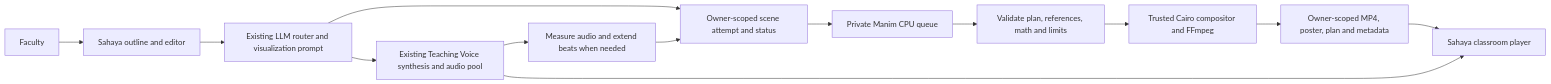
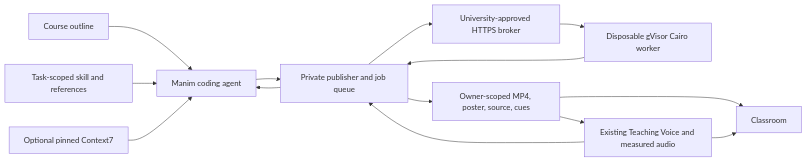
The diagram in docs/MANIM_VISUALIZATIONS.md (danishsshaikh/Sahaya), drawn with Mermaid before and after one commit. The commit also changed other lines of this file and 53 other files, not shown here.

Commit message:
Replace Manim JSON planning with an isolated native coding agent

````diff
--- a/docs/MANIM_VISUALIZATIONS.md
+++ b/docs/MANIM_VISUALIZATIONS.md
@@ -9,15 +7,16 @@
 ```mermaid
 flowchart LR
-  Faculty --> Outline["Sahaya outline and editor"]
-  Outline --> Director["Existing LLM router and visualization prompt"]
-  Director --> Job["Owner-scoped scene attempt and status"]
-  Job --> Renderer["Private Manim CPU queue"]
-  Renderer --> Plan["Validate plan, references, math and limits"]
-  Plan --> Cairo["Trusted Cairo compositor and FFmpeg"]
-  Cairo --> Store["Owner-scoped MP4, poster, plan and metadata"]
-  Director --> Voice["Existing Teaching Voice synthesis and audio pool"]
-  Voice --> Timing["Measure audio and extend beats when needed"]
-  Timing --> Job
-  Store --> Classroom["Sahaya classroom player"]
+  Outline["Course outline"] --> Agent["Manim coding agent"]
+  Skill["Task-scoped skill and references"] --> Agent
+  Context7["Optional pinned Context7"] --> Agent
+  Agent --> Publisher["Private publisher and job queue"]
+  Publisher --> Broker["University-approved HTTPS broker"]
+  Broker --> Worker["Disposable gVisor Cairo worker"]
+  Worker --> Publisher
+  Publisher --> Agent
+  Publisher --> Store["Owner-scoped MP4, poster, source, cues"]
+  Store --> Voice["Existing Teaching Voice and measured audio"]
+  Voice --> Publisher
+  Store --> Classroom["Classroom"]
   Voice --> Classroom
 ```
````
